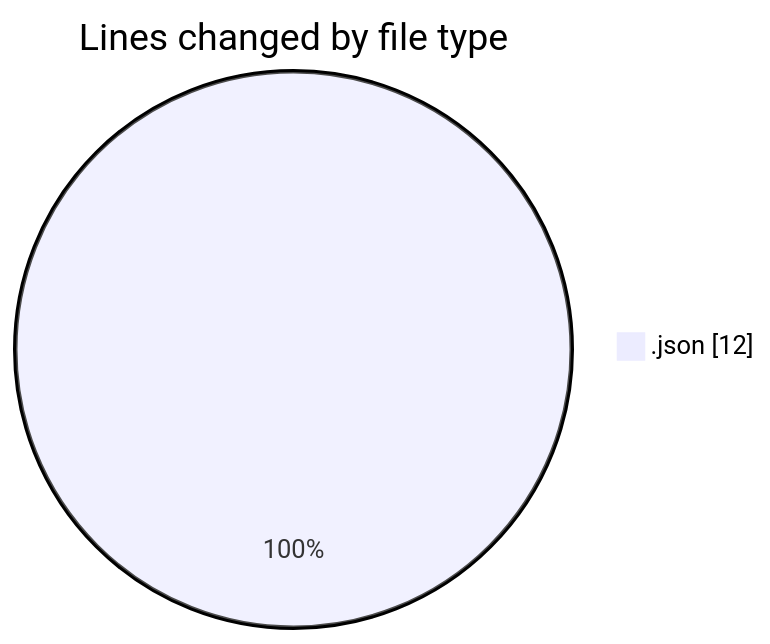
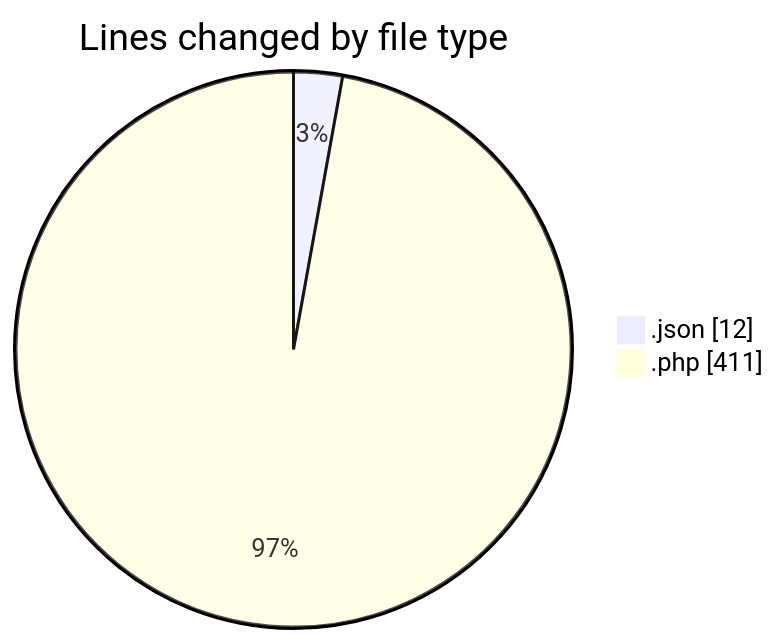
Before and after one commit to vahidmafi/code-tracking: the first of 2 diagrams in 2025-01-24/zeytoon/README.md, drawn with Mermaid. The commit also changed other lines of this file and 1 other file, not shown here.

````diff
--- a/2025-01-24/zeytoon/README.md
+++ b/2025-01-24/zeytoon/README.md
@@ -20,5 +21,6 @@
 ```mermaid
 pie showData
 title Lines changed by file type
 ".json" : 12
+".php" : 411
 ```
````
